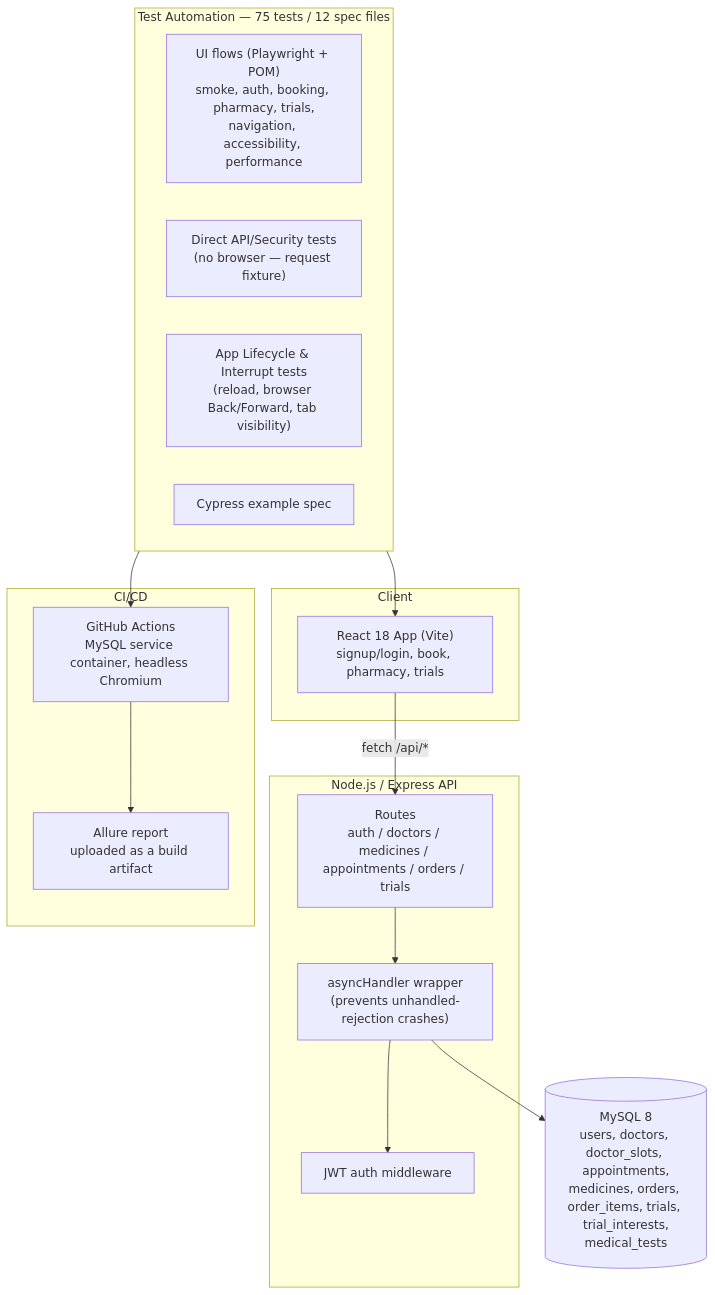
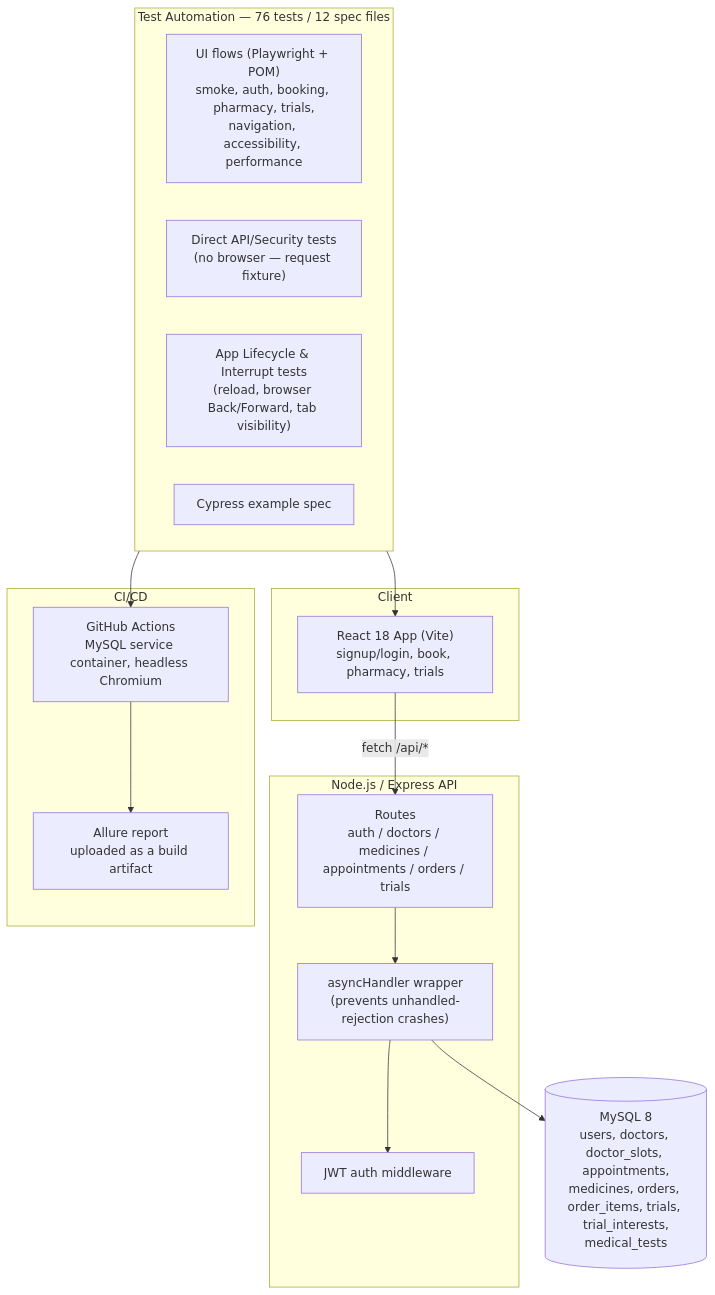
The diagram in README.md (REZAULKARIM2024/MeridianHealth-test-automation), drawn with Mermaid before and after one commit. The commit also changed other lines of this file, not shown here.

First line of the commit message:
Update README with cross-browser CI and test count

````diff
--- a/README.md
+++ b/README.md
@@ -73,35 +77,35 @@
 ```mermaid
 flowchart TB
     subgraph Client
         React["React 18 App (Vite)<br/>signup/login, book, pharmacy, trials"]
     end
 
     subgraph Backend["Node.js / Express API"]
         Routes["Routes<br/>auth / doctors / medicines / appointments / orders / trials"]
         AsyncHandler["asyncHandler wrapper<br/>(prevents unhandled-rejection crashes)"]
         Auth["JWT auth middleware"]
     end
 
     DB[("MySQL 8<br/>users, doctors, doctor_slots, appointments,<br/>medicines, orders, order_items, trials, trial_interests,<br/>medical_tests")]
 
     React -->|fetch /api/*| Routes
     Routes --> AsyncHandler
     AsyncHandler --> Auth
     AsyncHandler --> DB
 
-    subgraph Tests["Test Automation — 75 tests / 12 spec files"]
+    subgraph Tests["Test Automation — 76 tests / 12 spec files"]
         UI["UI flows (Playwright + POM)<br/>smoke, auth, booking, pharmacy, trials,<br/>navigation, accessibility, performance"]
         API["Direct API/Security tests<br/>(no browser — request fixture)"]
         Lifecycle["App Lifecycle & Interrupt tests<br/>(reload, browser Back/Forward, tab visibility)"]
         Cypress["Cypress example spec"]
     end
 
     subgraph Pipeline["CI/CD"]
         GHA["GitHub Actions<br/>MySQL service container, headless Chromium"]
         AllureReport["Allure report<br/>uploaded as a build artifact"]
     end
 
     Tests --> React
     Tests --> GHA
     GHA --> AllureReport
 ```
````
